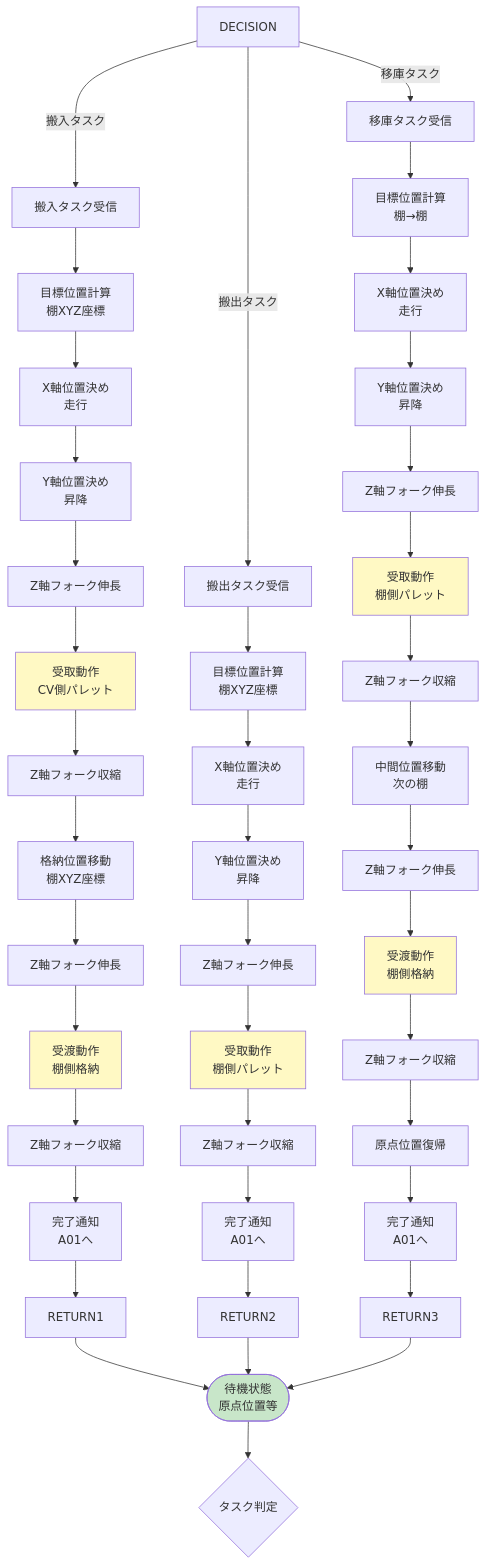
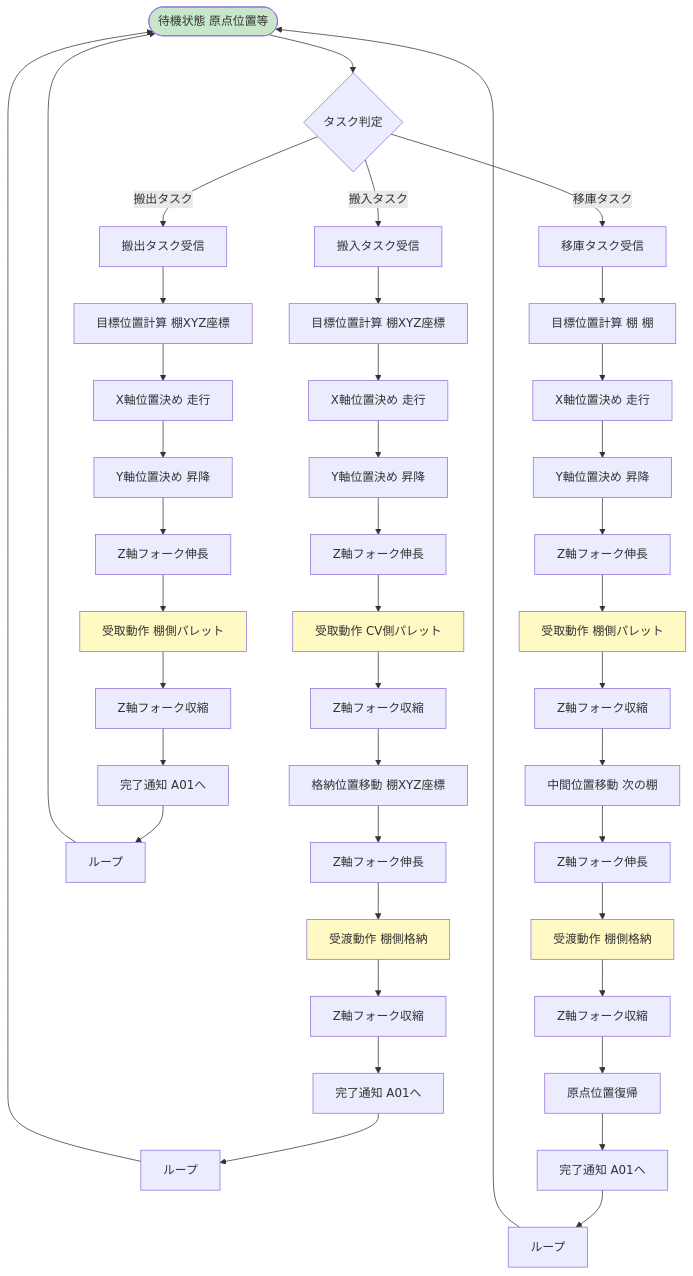
Before and after one commit to iceplantengineering/YTEC_NewLadder: the eighth of 12 diagrams in 0304/システムフローチャート.md, drawn with Mermaid. The commit also changed other lines of this file, not shown here.

First line of the commit message:
Fix Mermaid diagrams for GitHub compatibility

````diff
--- a/0304/システムフローチャート.md
+++ b/0304/システムフローチャート.md
@@ -292,57 +267,57 @@
 ```mermaid
 flowchart TB
-    STANDBY([待機状態<br/>原点位置等])
+    STANDBY([待機状態 原点位置等])
 
     STANDBY --> DECIDE{タスク判定}
 
-    DECISION -->|搬入タスク| TASK_IN[搬入タスク受信]
-    DECISION -->|搬出タスク| TASK_OUT[搬出タスク受信]
-    DECISION -->|移庫タスク| TASK_MOVE[移庫タスク受信]
+    DECIDE -->|搬入タスク| TASK_IN[搬入タスク受信]
+    DECIDE -->|搬出タスク| TASK_OUT[搬出タスク受信]
+    DECIDE -->|移庫タスク| TASK_MOVE[移庫タスク受信]
 
-    TASK_IN --> CALC_IN[目標位置計算<br/>棚XYZ座標]
-    CALC_IN --> POS_X_IN[X軸位置決め<br/>走行]
-    POS_X_IN --> POS_Y_IN[Y軸位置決め<br/>昇降]
+    TASK_IN --> CALC_IN[目標位置計算 棚XYZ座標]
+    CALC_IN --> POS_X_IN[X軸位置決め 走行]
+    POS_X_IN --> POS_Y_IN[Y軸位置決め 昇降]
     POS_Y_IN --> POS_Z_IN[Z軸フォーク伸長]
-    POS_Z_IN --> TAKE_IN[受取動作<br/>CV側パレット]
+    POS_Z_IN --> TAKE_IN[受取動作 CV側パレット]
     TAKE_IN --> RETRACT_IN[Z軸フォーク収縮]
-    RETRACT_IN --> MOVE_STORE[格納位置移動<br/>棚XYZ座標]
+    RETRACT_IN --> MOVE_STORE[格納位置移動 棚XYZ座標]
     MOVE_STORE --> EXTEND_STORE[Z軸フォーク伸長]
-    EXTEND_STORE --> PUT_STORE[受渡動作<br/>棚側格納]
+    EXTEND_STORE --> PUT_STORE[受渡動作 棚側格納]
     PUT_STORE --> RETRACT_STORE[Z軸フォーク収縮]
-    RETRACT_STORE --> COMPLETE_IN[完了通知<br/>A01へ]
-    COMPLETE_IN --> RETURN1
+    RETRACT_STORE --> COMPLETE_IN[完了通知 A01へ]
+    COMPLETE_IN --> LOOP1[ループ]
 
-    TASK_OUT --> CALC_OUT[目標位置計算<br/>棚XYZ座標]
-    CALC_OUT --> POS_X_OUT[X軸位置決め<br/>走行]
-    POS_X_OUT --> POS_Y_OUT[Y軸位置決め<br/>昇降]
+    TASK_OUT --> CALC_OUT[目標位置計算 棚XYZ座標]
+    CALC_OUT --> POS_X_OUT[X軸位置決め 走行]
+    POS_X_OUT --> POS_Y_OUT[Y軸位置決め 昇降]
     POS_Y_OUT --> POS_Z_OUT[Z軸フォーク伸長]
-    POS_Z_OUT --> TAKE_OUT[受取動作<br/>棚側パレット]
+    POS_Z_OUT --> TAKE_OUT[受取動作 棚側パレット]
     TAKE_OUT --> RETRACT_OUT[Z軸フォーク収縮]
-    RETRACT_OUT --> COMPLETE_OUT[完了通知<br/>A01へ]
-    COMPLETE_OUT --> RETURN2
+    RETRACT_OUT --> COMPLETE_OUT[完了通知 A01へ]
+    COMPLETE_OUT --> LOOP2[ループ]
 
-    TASK_MOVE --> CALC_MOVE[目標位置計算<br/>棚→棚]
-    CALC_MOVE --> POS_X_MOVE[X軸位置決め<br/>走行]
-    POS_X_MOVE --> POS_Y_MOVE[Y軸位置決め<br/>昇降]
+    TASK_MOVE --> CALC_MOVE[目標位置計算 棚 棚]
+    CALC_MOVE --> POS_X_MOVE[X軸位置決め 走行]
+    POS_X_MOVE --> POS_Y_MOVE[Y軸位置決め 昇降]
     POS_Y_MOVE --> POS_Z_MOVE[Z軸フォーク伸長]
-    POS_Z_MOVE --> TAKE_MOVE[受取動作<br/>棚側パレット]
+    POS_Z_MOVE --> TAKE_MOVE[受取動作 棚側パレット]
     TAKE_MOVE --> RETRACT_MOVE[Z軸フォーク収縮]
-    RETRACT_MOVE --> MOVE_MID[中間位置移動<br/>次の棚]
+    RETRACT_MOVE --> MOVE_MID[中間位置移動 次の棚]
     MOVE_MID --> EXTEND_MOVE[Z軸フォーク伸長]
-    EXTEND_MOVE --> PUT_MOVE[受渡動作<br/>棚側格納]
+    EXTEND_MOVE --> PUT_MOVE[受渡動作 棚側格納]
     PUT_MOVE --> RETRACT_MOVE2[Z軸フォーク収縮]
     RETRACT_MOVE2 --> HOME_MOVE[原点位置復帰]
-    HOME_MOVE --> COMPLETE_MOVE[完了通知<br/>A01へ]
-    COMPLETE_MOVE --> RETURN3
+    HOME_MOVE --> COMPLETE_MOVE[完了通知 A01へ]
+    COMPLETE_MOVE --> LOOP3[ループ]
 
-    RETURN1 --> STANDBY
-    RETURN2 --> STANDBY
-    RETURN3 --> STANDBY
+    LOOP1 --> STANDBY
+    LOOP2 --> STANDBY
+    LOOP3 --> STANDBY
 
     style STANDBY fill:#c8e6c9
     style TAKE_IN fill:#fff9c4
     style TAKE_OUT fill:#fff9c4
     style TAKE_MOVE fill:#fff9c4
     style PUT_STORE fill:#fff9c4
     style PUT_MOVE fill:#fff9c4
 ```
````
